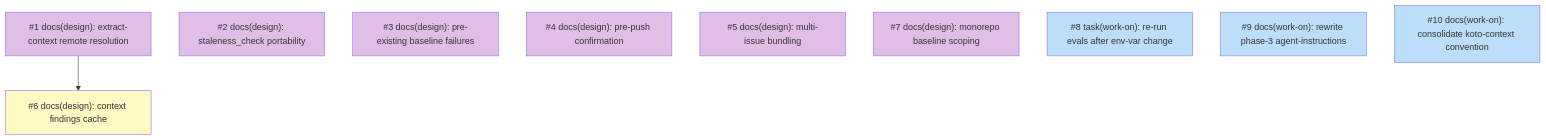
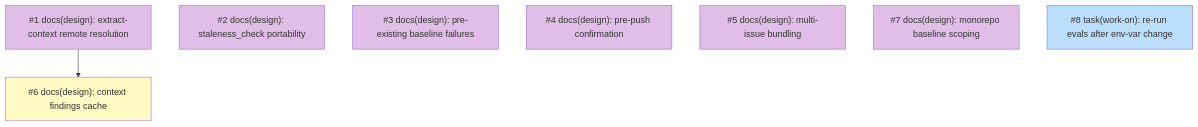
Before and after one commit to tsukumogami/shirabe: the diagram in docs/plans/PLAN-work-on-friction-fixes.md, drawn with Mermaid. The commit also changed other lines of this file and 6 other files, not shown here.

````diff
--- a/docs/plans/PLAN-work-on-friction-fixes.md
+++ b/docs/plans/PLAN-work-on-friction-fixes.md
@@ -87,29 +87,27 @@
 ```mermaid
 graph TD
   I1["#1 docs(design): extract-context remote resolution"]
   I2["#2 docs(design): staleness_check portability"]
   I3["#3 docs(design): pre-existing baseline failures"]
   I4["#4 docs(design): pre-push confirmation"]
   I5["#5 docs(design): multi-issue bundling"]
   I6["#6 docs(design): context findings cache"]
   I7["#7 docs(design): monorepo baseline scoping"]
   I8["#8 task(work-on): re-run evals after env-var change"]
-  I9["#9 docs(work-on): rewrite phase-3 agent-instructions"]
-  I10["#10 docs(work-on): consolidate koto-context convention"]
 
   I1 --> I6
 
   classDef done fill:#c8e6c9
   classDef ready fill:#bbdefb
   classDef blocked fill:#fff9c4
   classDef needsDesign fill:#e1bee7
   classDef needsPrd fill:#b3e5fc
   classDef needsSpike fill:#ffcdd2
   classDef needsDecision fill:#d1c4e9
   classDef tracksDesign fill:#FFE0B2,stroke:#F57C00,color:#000
   classDef tracksPlan fill:#FFE0B2,stroke:#F57C00,color:#000
 
   class I1,I2,I3,I4,I5,I7 needsDesign
   class I6 blocked
-  class I8,I9,I10 ready
+  class I8 ready
 ```
````
